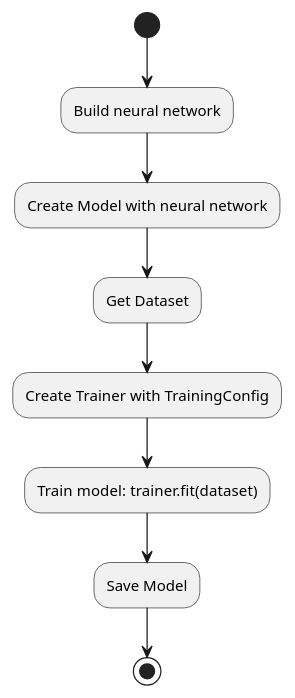
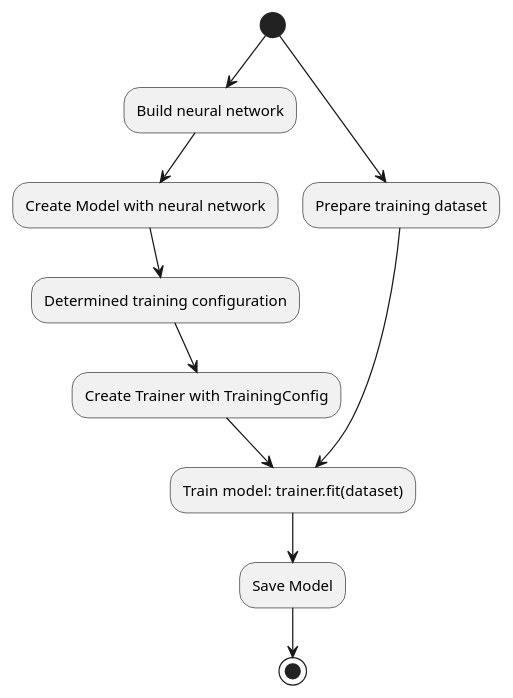
One commit to deepjavalibrary/djl changed the diagram in api/src/main/uml/training_activity.puml. Above: the diagram before and after it, drawn with PlantUML. The commit also changed 2 other files, not shown here.

```diff
--- a/api/src/main/uml/training_activity.puml
+++ b/api/src/main/uml/training_activity.puml
@@ -1,9 +1,11 @@
 @startuml
 (*) --> "Build neural network"
 --> "Create Model with neural network"
---> "Get Dataset"
+--> "Determined training configuration"
 --> "Create Trainer with TrainingConfig"
 --> "Train model: trainer.fit(dataset)"
+(*) --> "Prepare training dataset"
+"Prepare training dataset" --> "Train model: trainer.fit(dataset)"
 --> "Save Model"
 --> (*)
 @enduml
```
